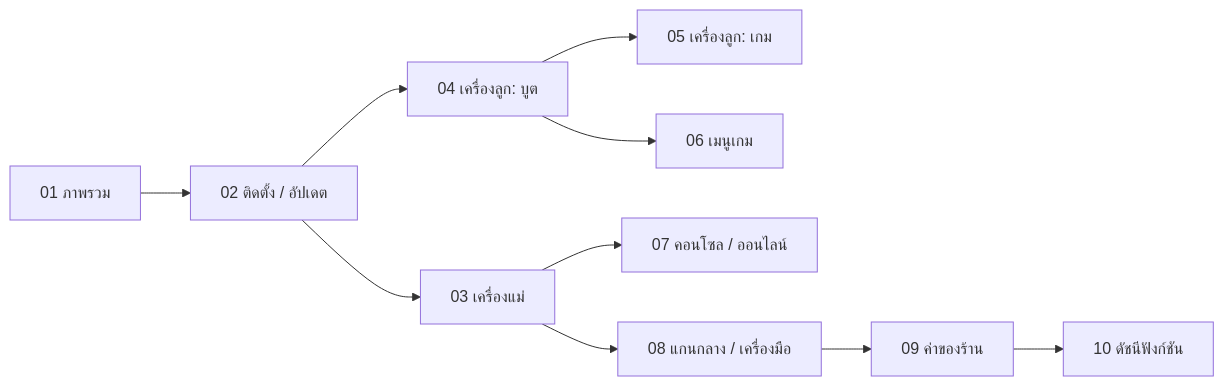
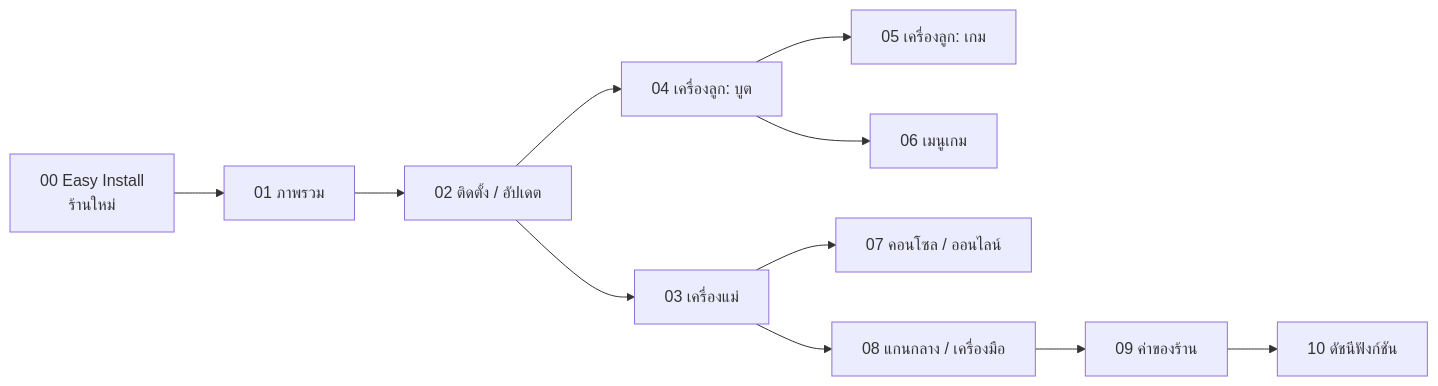
The diagram in System/Docs/README.md (fbpinote-svg/OSYNC), drawn with Mermaid before and after one commit. The commit also changed other lines of this file and 15 other files, not shown here.

````diff
--- a/System/Docs/README.md
+++ b/System/Docs/README.md
@@ -11,12 +11,13 @@
 ```mermaid
 flowchart LR
+  Z["00 Easy Install<br/>ร้านใหม่"] --> A
   A["01 ภาพรวม"] --> B["02 ติดตั้ง / อัปเดต"]
   B --> C["03 เครื่องแม่"]
   B --> D["04 เครื่องลูก: บูต"]
   D --> E["05 เครื่องลูก: เกม"]
   D --> F["06 เมนูเกม"]
   C --> G["07 คอนโซล / ออนไลน์"]
   C --> H["08 แกนกลาง / เครื่องมือ"]
   H --> I["09 ค่าของร้าน"]
   I --> J["10 ดัชนีฟังก์ชัน"]
 ```
````
